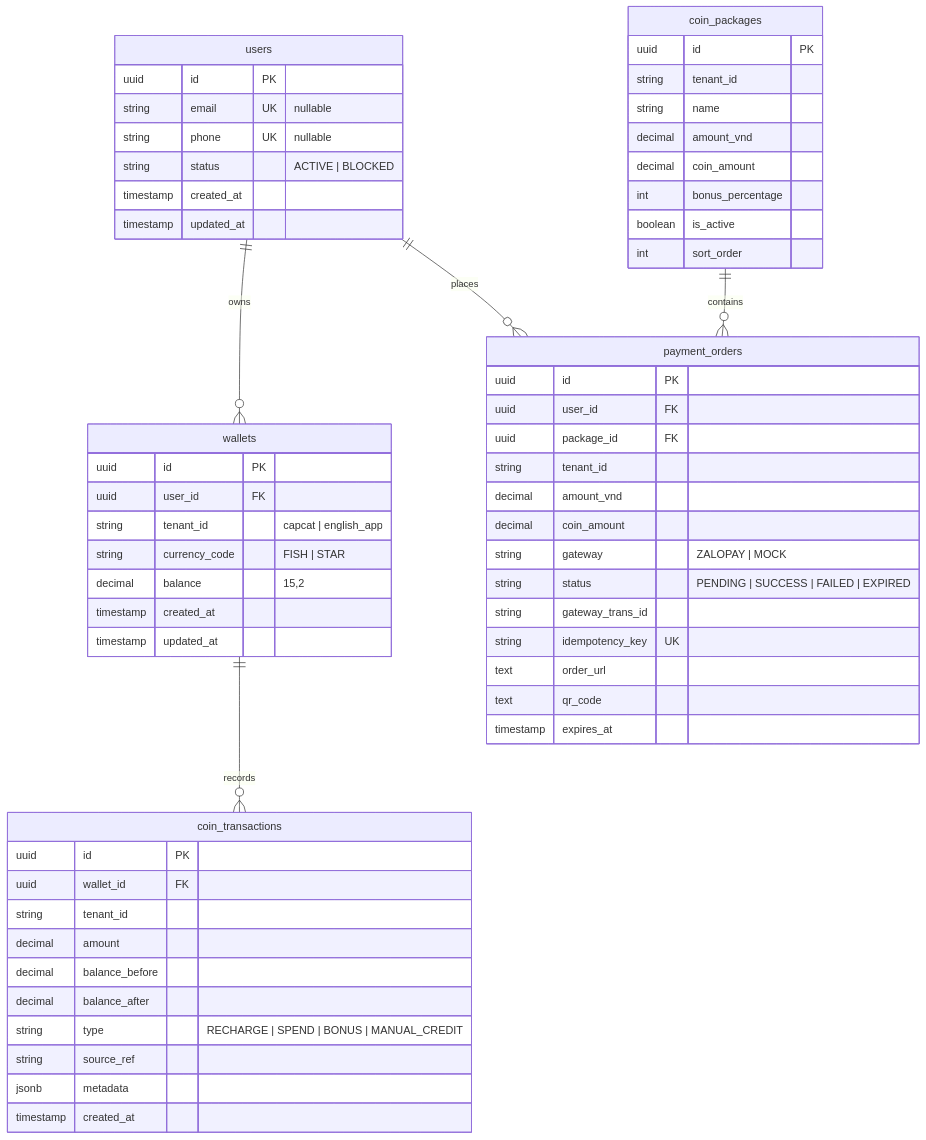
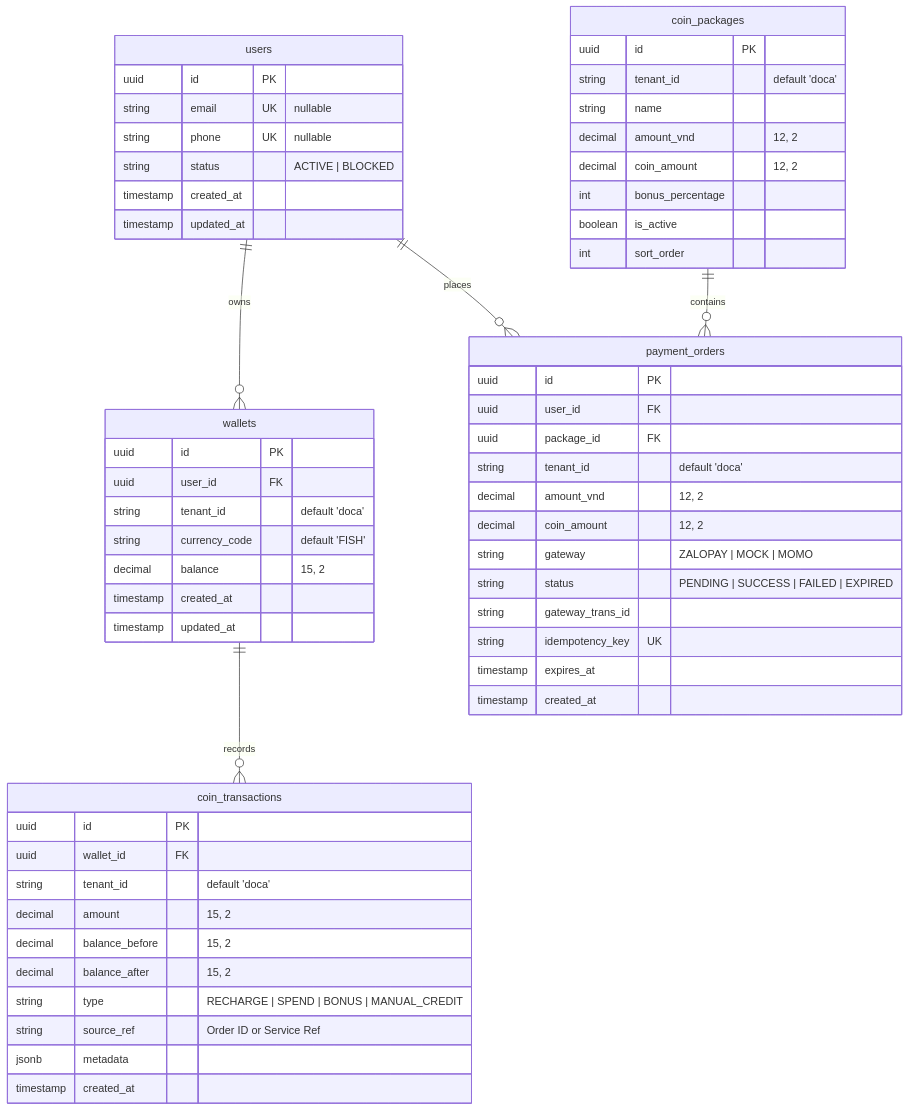
The tenth of 11 diagrams in docs/planning/diagrams.md (capcattech-stack/doca-umbrella-workspace), drawn with Mermaid before and after one commit. The commit also changed other lines of this file and 3 other files, not shown here.

Commit message:
docs(coin-hub): add Doca Coin Hub product brief, mark CoinSystem as superseded, and consolidate planning diagrams

````diff
--- a/docs/planning/diagrams.md
+++ b/docs/planning/diagrams.md
@@ -433,66 +292,65 @@
 ```mermaid
 erDiagram
-    users ||--o{ wallets : "owns"
-    users ||--o{ payment_orders : "places"
-    wallets ||--o{ coin_transactions : "records"
-    coin_packages ||--o{ payment_orders : "contains"
+    users ||--o{ wallets : owns
+    users ||--o{ payment_orders : places
+    wallets ||--o{ coin_transactions : records
+    coin_packages ||--o{ payment_orders : contains
 
     users {
         uuid id PK
         string email UK "nullable"
         string phone UK "nullable"
         string status "ACTIVE | BLOCKED"
         timestamp created_at
         timestamp updated_at
     }
 
     wallets {
         uuid id PK
         uuid user_id FK
-        string tenant_id "capcat | english_app"
-        string currency_code "FISH | STAR"
-        decimal balance "15,2"
+        string tenant_id "default 'doca'"
+        string currency_code "default 'FISH'"
+        decimal balance "15, 2"
         timestamp created_at
         timestamp updated_at
     }
 
     coin_packages {
         uuid id PK
-        string tenant_id
+        string tenant_id "default 'doca'"
         string name
-        decimal amount_vnd
-        decimal coin_amount
+        decimal amount_vnd "12, 2"
+        decimal coin_amount "12, 2"
         int bonus_percentage
         boolean is_active
         int sort_order
     }
 
     payment_orders {
         uuid id PK
         uuid user_id FK
         uuid package_id FK
-        string tenant_id
-        decimal amount_vnd
-        decimal coin_amount
-        string gateway "ZALOPAY | MOCK"
+        string tenant_id "default 'doca'"
+        decimal amount_vnd "12, 2"
+        decimal coin_amount "12, 2"
+        string gateway "ZALOPAY | MOCK | MOMO"
         string status "PENDING | SUCCESS | FAILED | EXPIRED"
         string gateway_trans_id
         string idempotency_key UK
-        text order_url
-        text qr_code
         timestamp expires_at
+        timestamp created_at
     }
 
     coin_transactions {
         uuid id PK
         uuid wallet_id FK
-        string tenant_id
-        decimal amount
-        decimal balance_before
-        decimal balance_after
+        string tenant_id "default 'doca'"
+        decimal amount "15, 2"
+        decimal balance_before "15, 2"
+        decimal balance_after "15, 2"
         string type "RECHARGE | SPEND | BONUS | MANUAL_CREDIT"
-        string source_ref
+        string source_ref "Order ID or Service Ref"
         jsonb metadata
         timestamp created_at
     }
 ```
````
